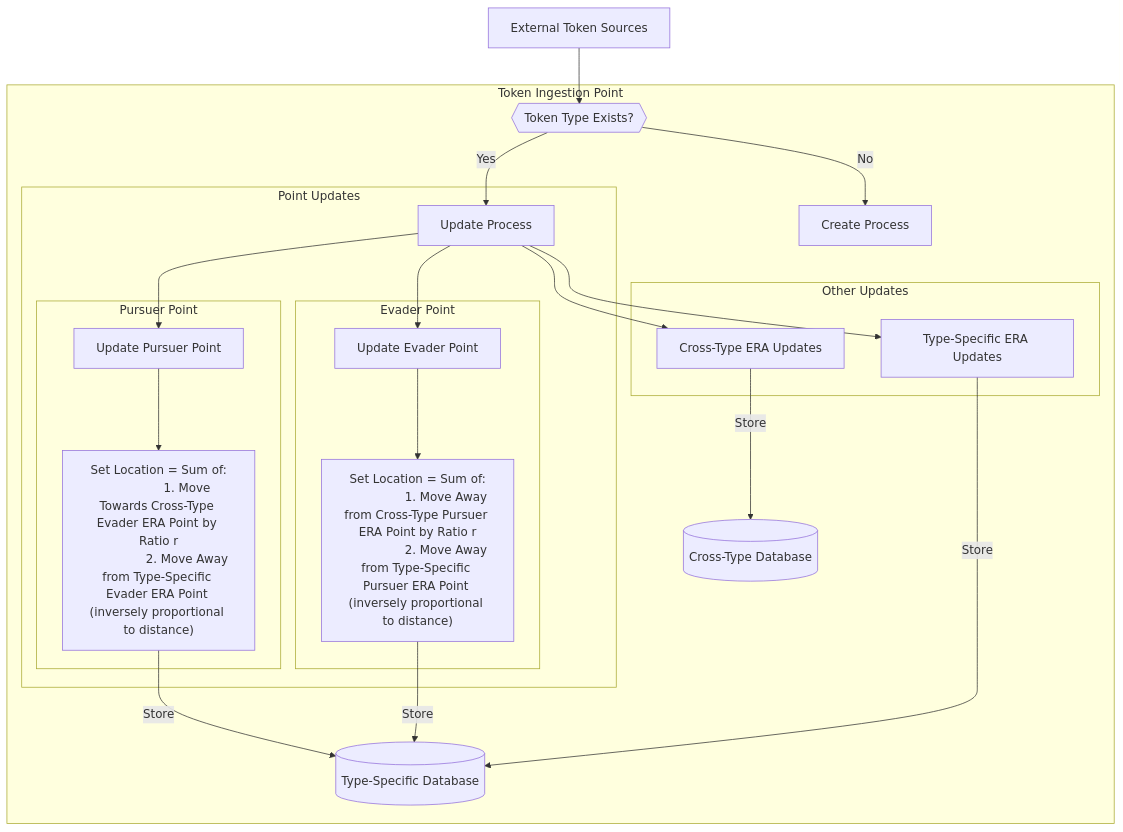
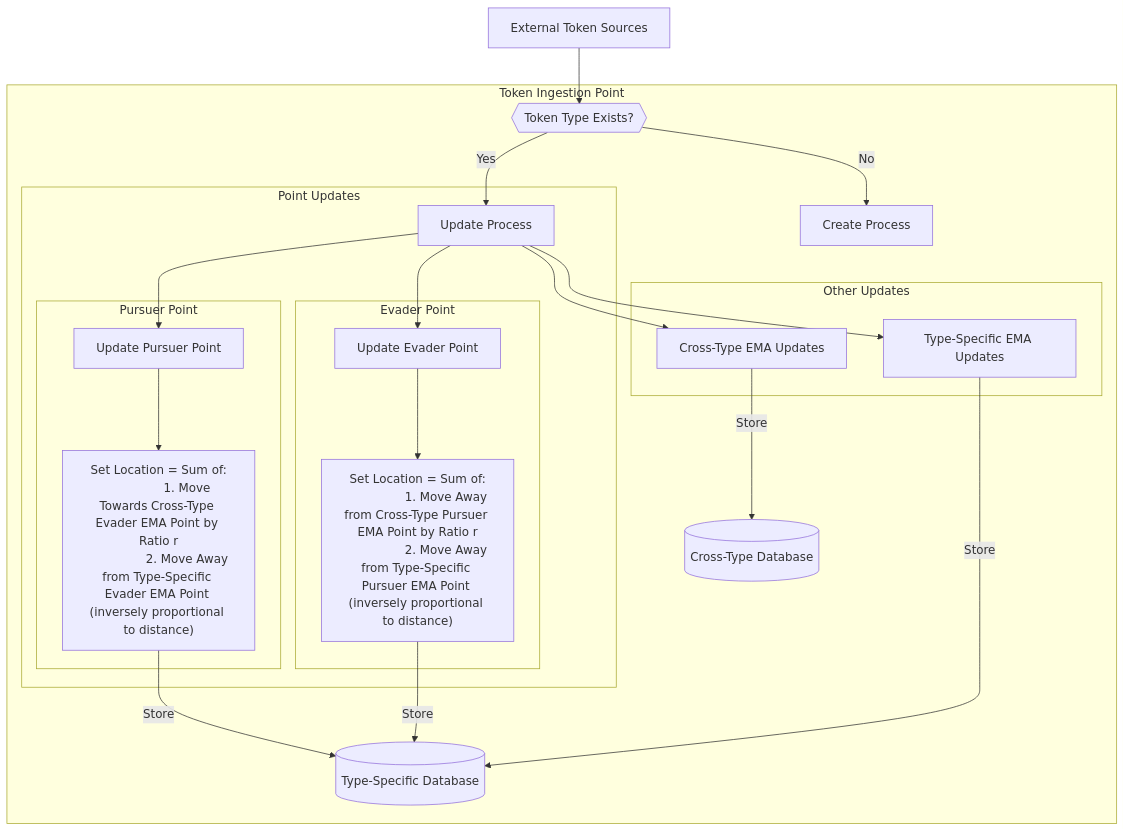
One commit to mattferrin/mattferrin changed the fifth of 8 diagrams in README.md. Above: the diagram before and after it, drawn with Mermaid. The commit also changed other lines of this file, not shown here.

````diff
--- a/README.md
+++ b/README.md
@@ -190,50 +190,50 @@
 ```mermaid
 graph TD;
     ExternalSources["External Token Sources"]
     
     subgraph "Token Ingestion Point"
         TokenCheck{{"Token Type Exists?"}}
         UpdateProcess["Update Process"]
         CreateProcess["Create Process"]
         
         TokenCheck -->|Yes| UpdateProcess
         TokenCheck -->|No| CreateProcess
 
         subgraph "Point Updates"
             subgraph "Pursuer Point"
                 UpdatePursuerPoint["Update Pursuer Point"]
                 SetPursuerLocation["Set Location = Sum of:
-                1. Move Towards Cross-Type Evader ERA Point by Ratio r
-                2. Move Away from Type-Specific Evader ERA Point (inversely proportional to distance)"]
+                1. Move Towards Cross-Type Evader EMA Point by Ratio r
+                2. Move Away from Type-Specific Evader EMA Point (inversely proportional to distance)"]
                 UpdatePursuerPoint --> SetPursuerLocation
             end
 
             subgraph "Evader Point"
                 UpdateEvaderPoint["Update Evader Point"]
                 SetEvaderLocation["Set Location = Sum of:
-                1. Move Away from Cross-Type Pursuer ERA Point by Ratio r
-                2. Move Away from Type-Specific Pursuer ERA Point (inversely proportional to distance)"]
+                1. Move Away from Cross-Type Pursuer EMA Point by Ratio r
+                2. Move Away from Type-Specific Pursuer EMA Point (inversely proportional to distance)"]
                 UpdateEvaderPoint --> SetEvaderLocation
             end
 
             UpdateProcess --> UpdatePursuerPoint & UpdateEvaderPoint
         end
 
         subgraph "Other Updates"
-            CrossTypeERA["Cross-Type ERA Updates"]
-            TypeSpecificERA["Type-Specific ERA Updates"]
+            CrossTypeEMA["Cross-Type EMA Updates"]
+            TypeSpecificEMA["Type-Specific EMA Updates"]
             
-            UpdateProcess --> CrossTypeERA & TypeSpecificERA
+            UpdateProcess --> CrossTypeEMA & TypeSpecificEMA
         end
 
         TypeSpecificDB[(Type-Specific Database)]
         CrossTypeDB[(Cross-Type Database)]
         
         SetPursuerLocation -->|Store| TypeSpecificDB
         SetEvaderLocation -->|Store| TypeSpecificDB
-        CrossTypeERA -->|Store| CrossTypeDB
-        TypeSpecificERA -->|Store| TypeSpecificDB
+        CrossTypeEMA -->|Store| CrossTypeDB
+        TypeSpecificEMA -->|Store| TypeSpecificDB
     end
 
     ExternalSources --> TokenCheck
 ```
````
